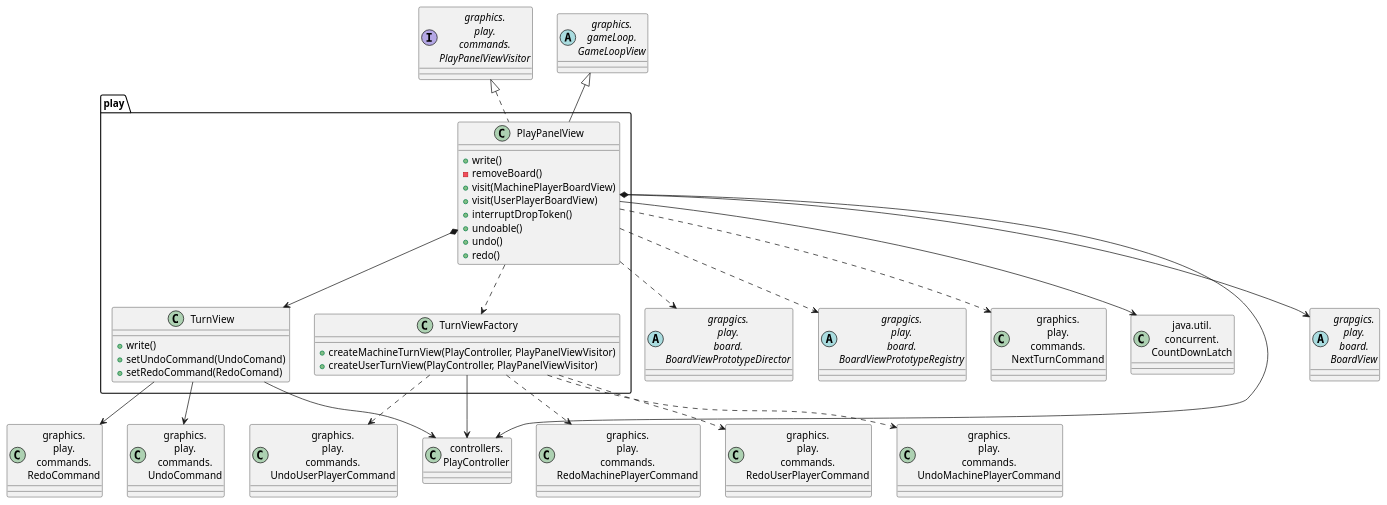
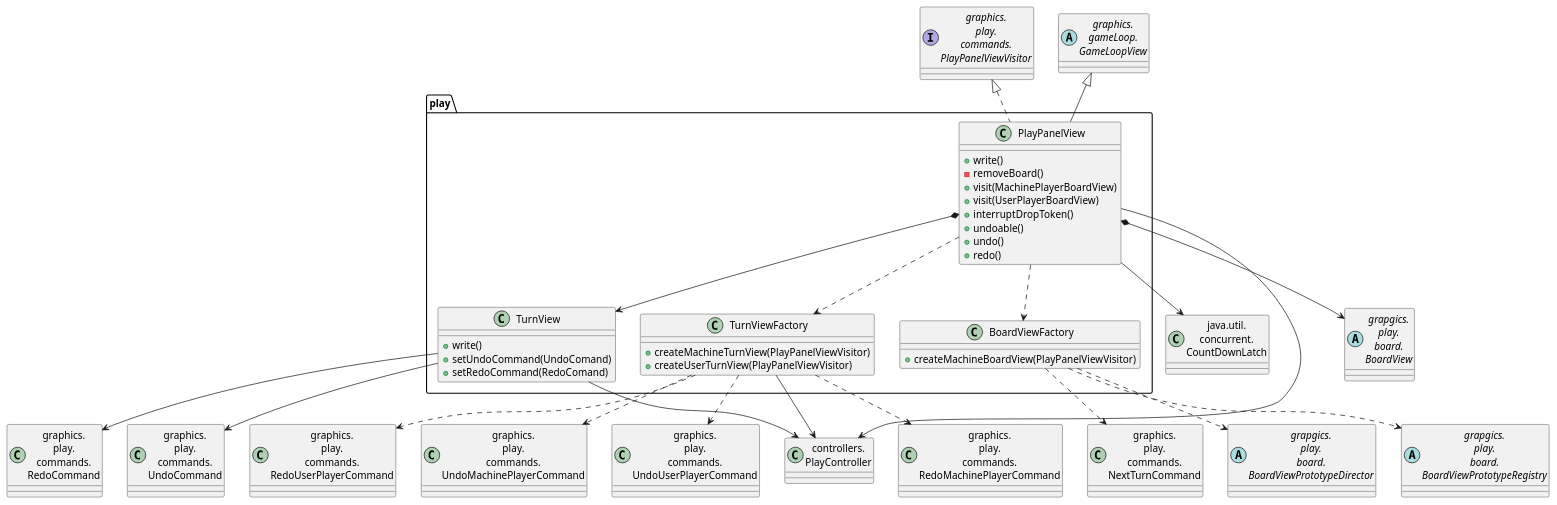
The diagram in connect4/Docs/diagrams/src/packages/connect4.connect4.views.graphics.play.plantuml (js-rom/connect4), drawn with PlantUML before and after one commit. The commit also changed 4 other files, not shown here.

Commit message:
refactor: reduce PlayPanelView dependencies #8

```diff
--- a/connect4/Docs/diagrams/src/packages/connect4.connect4.views.graphics.play.plantuml
+++ b/connect4/Docs/diagrams/src/packages/connect4.connect4.views.graphics.play.plantuml
@@ -1,62 +1,68 @@
 @startuml connect4.connect4.views.graphics.play
 
 class PlayPanelViewVisitor as "graphics.\nplay.\ncommands.\nPlayPanelViewVisitor"
 class NextTurnCommand as "graphics.\nplay.\ncommands.\nNextTurnCommand"
 class RedoMachinePlayerCommand as "graphics.\nplay.\ncommands.\nRedoMachinePlayerCommand"
 class RedoUserPlayerCommand as "graphics.\nplay.\ncommands.\nRedoUserPlayerCommand"
 class UndoMachinePlayerCommand as "graphics.\nplay.\ncommands.\nUndoMachinePlayerCommand"
 class UndoUserPlayerCommand as "graphics.\nplay.\ncommands.\nUndoUserPlayerCommand"
 class RedoCommand as "graphics.\nplay.\ncommands.\nRedoCommand"
 class UndoCommand as "graphics.\nplay.\ncommands.\nUndoCommand"
 
 abstract class GameLoopView as "graphics.\ngameLoop.\nGameLoopView"
 interface PlayPanelViewVisitor as "grapgics.\nplay.\ncommands.\nPlayPanelViewVisitor"
 class CountDownLatch as "java.util.\nconcurrent.\nCountDownLatch"
 class PlayController as "controllers.\nPlayController"
 abstract class BoardView as "grapgics.\nplay.\nboard.\nBoardView"
 abstract class BoardViewPrototypeDirector as "grapgics.\nplay.\nboard.\nBoardViewPrototypeDirector"
 abstract class BoardViewPrototypeRegistry as "grapgics.\nplay.\nboard.\nBoardViewPrototypeRegistry"
 
 
 class play.PlayPanelView{
     +write()
     -removeBoard()
     +visit(MachinePlayerBoardView)
     +visit(UserPlayerBoardView)
     +interruptDropToken()
     +undoable()
     +undo()
     +redo()
 }
 
 class play.TurnView{
     +write()
     +setUndoCommand(UndoComand)
     +setRedoCommand(RedoComand)
 }
 
 class play.TurnViewFactory{
-    +createMachineTurnView(PlayController, PlayPanelViewVisitor)
-    +createUserTurnView(PlayController, PlayPanelViewVisitor)
+    +createMachineTurnView(PlayPanelViewVisitor)
+    +createUserTurnView(PlayPanelViewVisitor)
+}
+
+class play.BoardViewFactory{
+    +createMachineBoardView(PlayPanelViewVisitor)
 }
 
 PlayPanelView --> PlayController
 PlayPanelView --> CountDownLatch
 GameLoopView <|-- PlayPanelView
 PlayPanelViewVisitor <|.. PlayPanelView
 PlayPanelView *--> BoardView
-PlayPanelView ..> BoardViewPrototypeRegistry
-PlayPanelView ..> BoardViewPrototypeDirector
 TurnView --> PlayController
 TurnView --> UndoCommand
 TurnView --> RedoCommand
 PlayPanelView *--> TurnView
 PlayPanelView ..> TurnViewFactory
-PlayPanelView ..> NextTurnCommand
+PlayPanelView ..> BoardViewFactory
+BoardViewFactory ..> BoardViewPrototypeRegistry
+BoardViewFactory ..> BoardViewPrototypeDirector
+BoardViewFactory ..> NextTurnCommand
 TurnViewFactory --> PlayController
 TurnViewFactory ..> RedoMachinePlayerCommand
 TurnViewFactory ..> RedoUserPlayerCommand
 TurnViewFactory ..> UndoMachinePlayerCommand
 TurnViewFactory ..> UndoUserPlayerCommand
 
+
 @enduml
```
